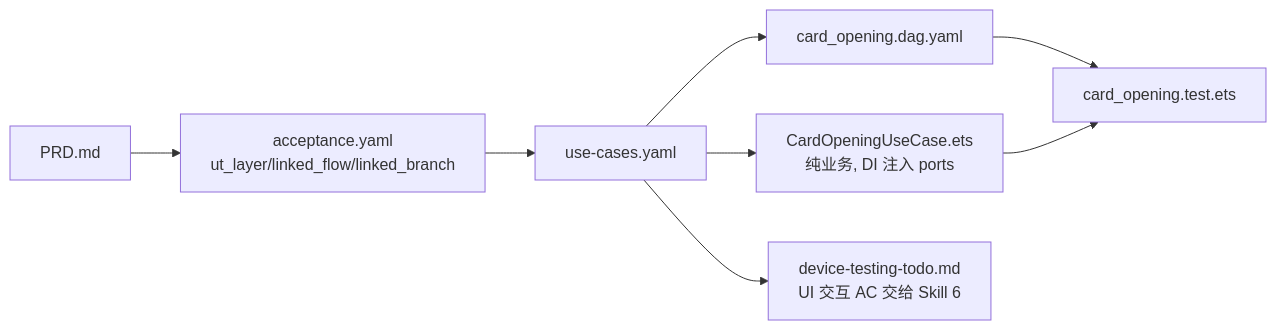
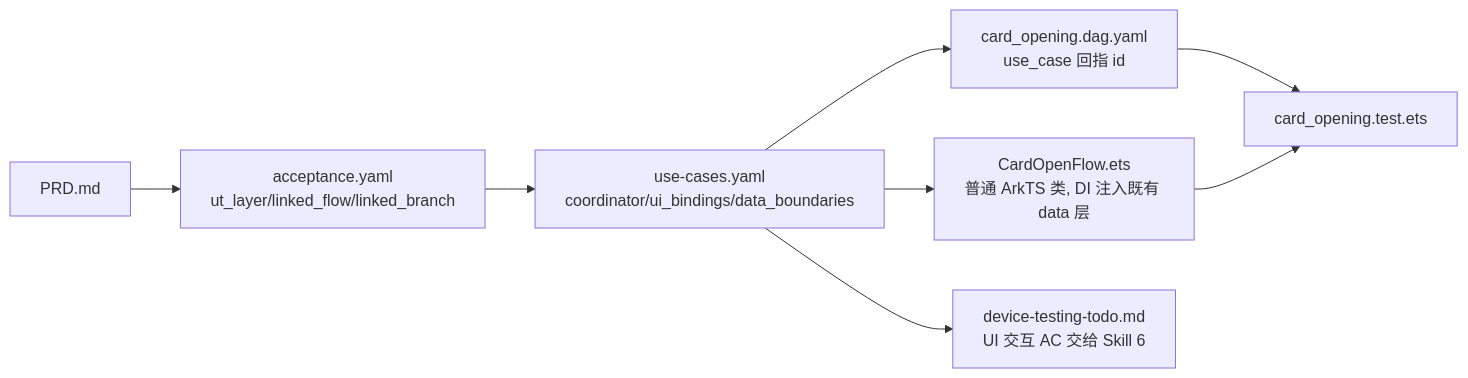
One commit to sqsqsq/SimulatedWalletForHmos changed the diagram in framework/skills/5-business-ut/examples/card-opening/README.md. Above: the diagram before and after it, drawn with Mermaid. The commit also changed other lines of this file and 17 other files, not shown here.

First line of the commit message:
feat(framework): UT UseCase 去代码化 v2.1 — use-cases.yaml 纯规约 + UT 只消费既有代码

````diff
--- a/framework/skills/5-business-ut/examples/card-opening/README.md
+++ b/framework/skills/5-business-ut/examples/card-opening/README.md
@@ -32,10 +34,10 @@
 ```mermaid
 flowchart LR
   PRD[PRD.md] --> AC[acceptance.yaml<br>ut_layer/linked_flow/linked_branch]
-  AC --> UC[use-cases.yaml]
-  UC --> UCSRC[CardOpeningUseCase.ets<br>纯业务, DI 注入 ports]
-  UC --> DAG[card_opening.dag.yaml]
+  AC --> UC[use-cases.yaml<br>coordinator/ui_bindings/data_boundaries]
+  UC --> FLOW[CardOpenFlow.ets<br>普通 ArkTS 类, DI 注入既有 data 层]
+  UC --> DAG[card_opening.dag.yaml<br>use_case 回指 id]
   DAG --> UT[card_opening.test.ets]
   UC --> TODO[device-testing-todo.md<br>UI 交互 AC 交给 Skill 6]
-  UCSRC --> UT
+  FLOW --> UT
 ```
````
